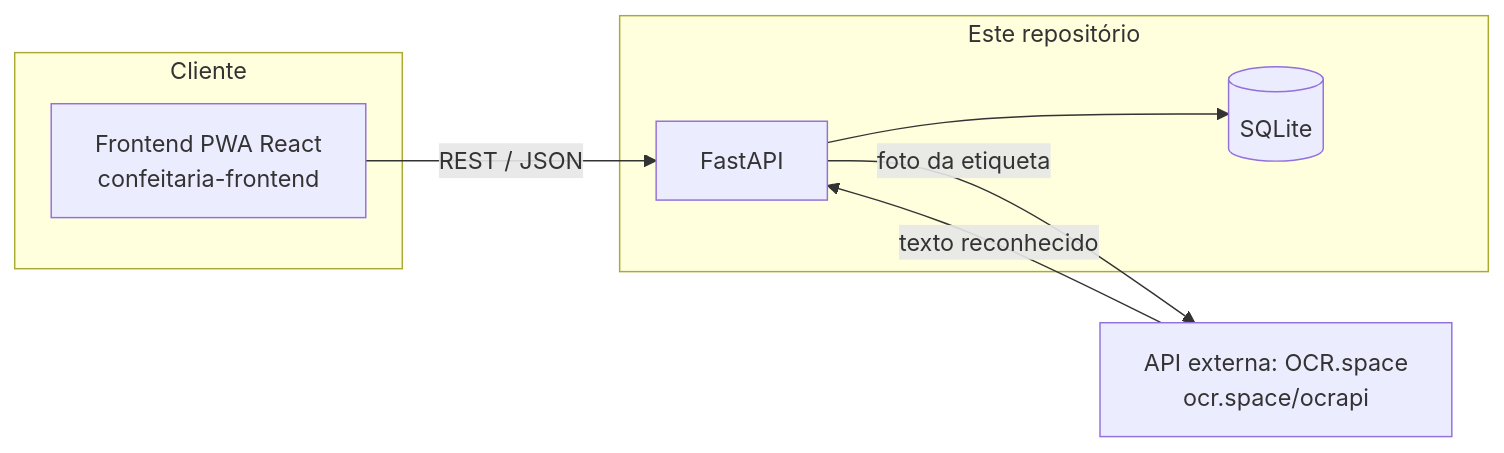
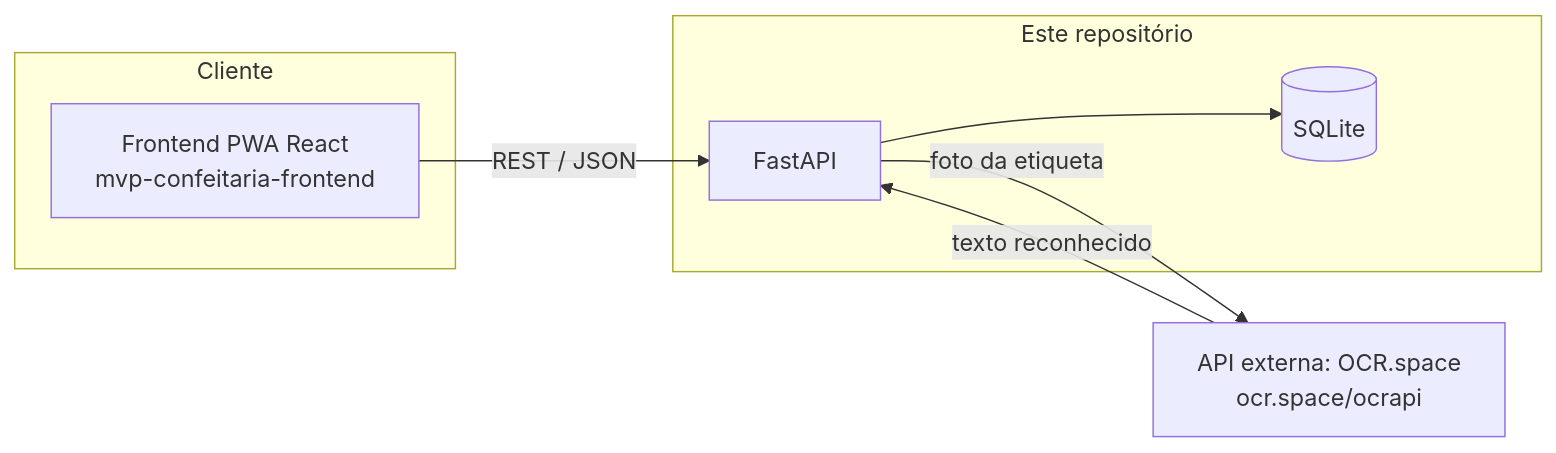
Before and after one commit to Arthur5252/mvp-confeitaria-backend: the diagram in README.md, drawn with Mermaid. The commit also changed other lines of this file, not shown here.

````diff
--- a/README.md
+++ b/README.md
@@ -9,18 +9,18 @@
 ```mermaid
 flowchart LR
     subgraph Cliente
-        FE[Frontend PWA React<br/>confeitaria-frontend]
+        FE[Frontend PWA React<br/>mvp-confeitaria-frontend]
     end
 
     subgraph Backend[Este repositório]
         API[FastAPI]
         DB[(SQLite)]
         API --> DB
     end
 
     EXT[API externa: OCR.space<br/>ocr.space/ocrapi]
 
     FE -- REST / JSON --> API
     API -- foto da etiqueta --> EXT
     EXT -- texto reconhecido --> API
 ```
````
